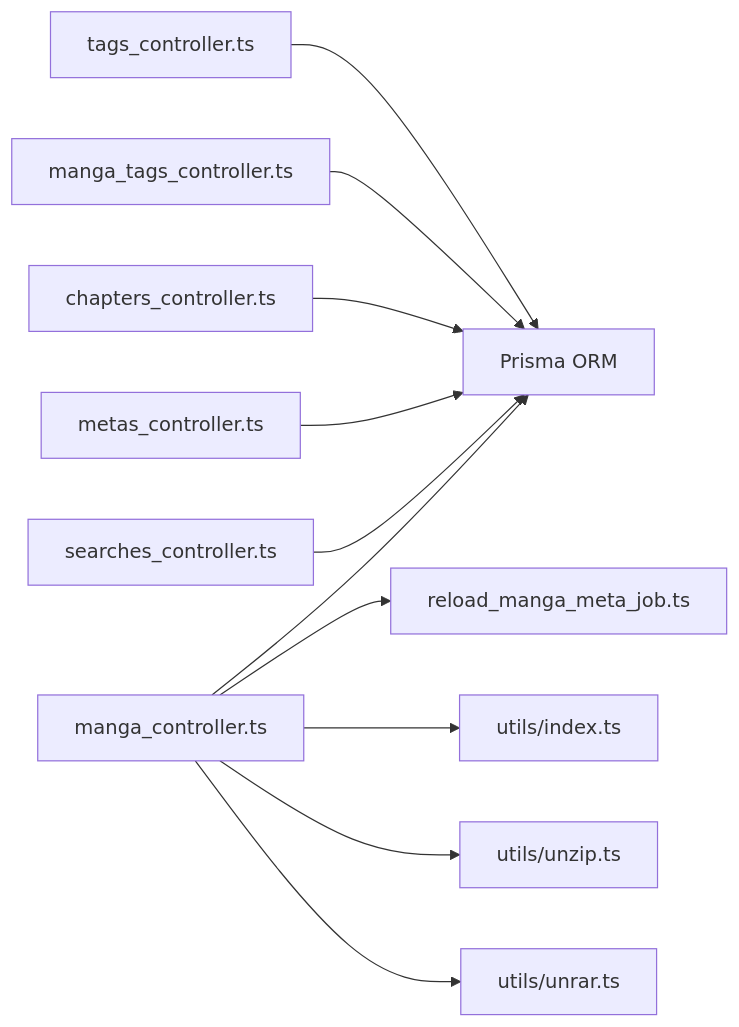
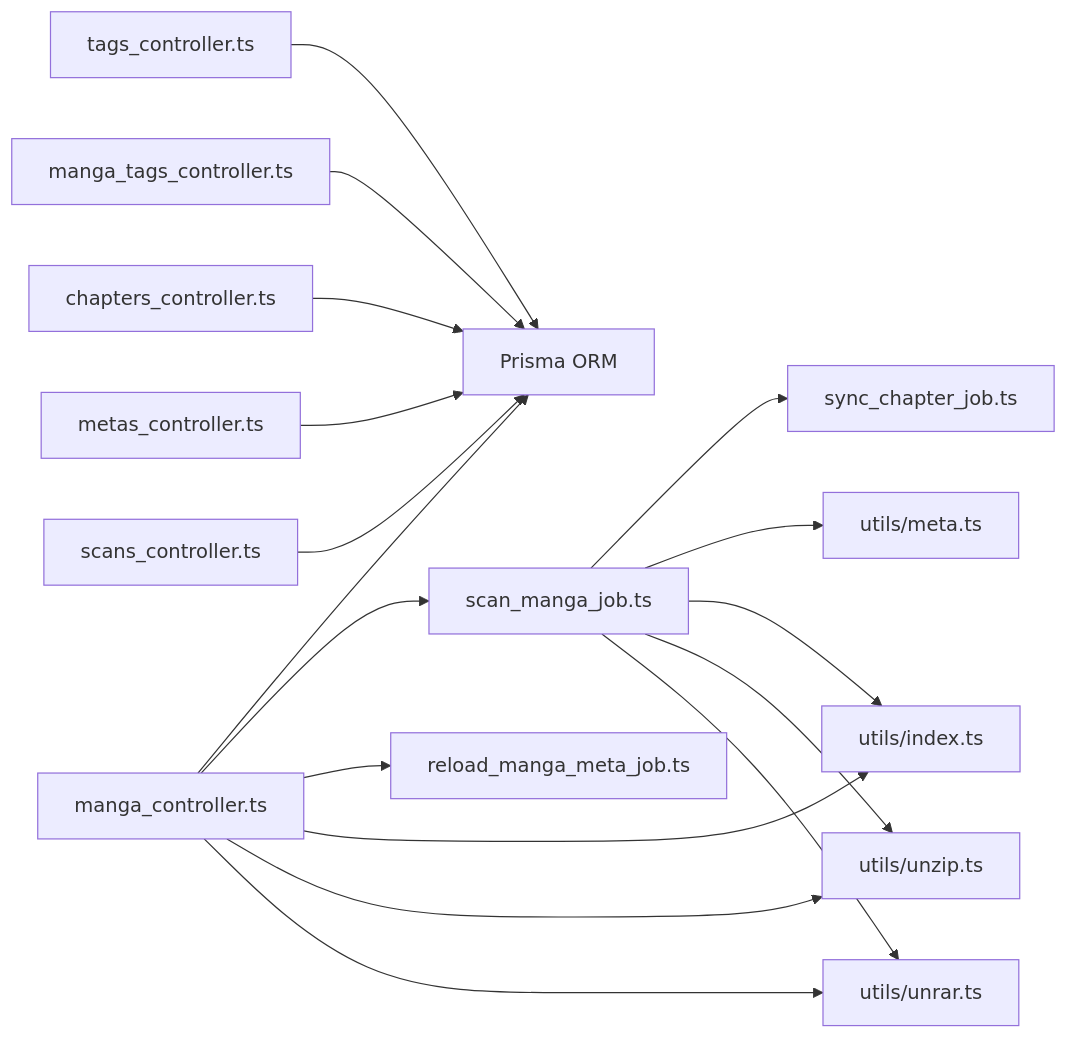
Before and after one commit to lkw199711/smanga-adonis: the ninth of 9 diagrams in .qoder/repowiki/zh/content/核心功能模块/漫画管理模块/漫画管理模块.md, drawn with Mermaid. The commit also changed other lines of this file and 8 other files, not shown here.

````diff
--- a/.qoder/repowiki/zh/content/核心功能模块/漫画管理模块/漫画管理模块.md
+++ b/.qoder/repowiki/zh/content/核心功能模块/漫画管理模块/漫画管理模块.md
@@ -396,13 +527,19 @@
 ```mermaid
 graph LR
 MC["manga_controller.ts"] --> PRISMA["Prisma ORM"]
+MC --> SMJ["scan_manga_job.ts"]
 MC --> RMJ["reload_manga_meta_job.ts"]
 MC --> UIdx["utils/index.ts"]
 MC --> UUnzip["utils/unzip.ts"]
 MC --> UUnrar["utils/unrar.ts"]
 TC["tags_controller.ts"] --> PRISMA
 MTC["manga_tags_controller.ts"] --> PRISMA
 CC["chapters_controller.ts"] --> PRISMA
 MetC["metas_controller.ts"] --> PRISMA
-SC["searches_controller.ts"] --> PRISMA
+SC["scans_controller.ts"] --> PRISMA
+SMJ --> SYCJ["sync_chapter_job.ts"]
+SMJ --> MetaU["utils/meta.ts"]
+SMJ --> UIdx
+SMJ --> UUnzip
+SMJ --> UUnrar
 ```
````
